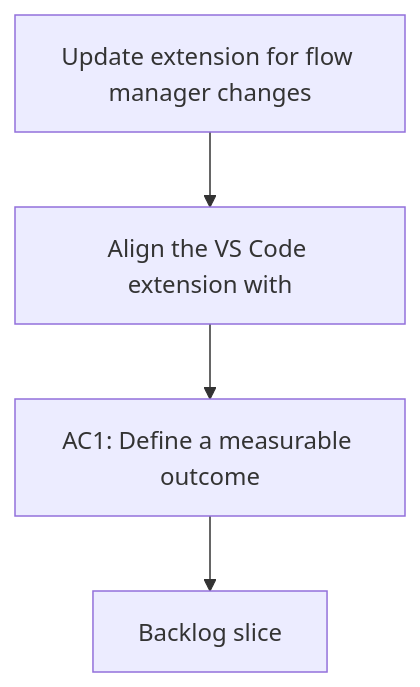
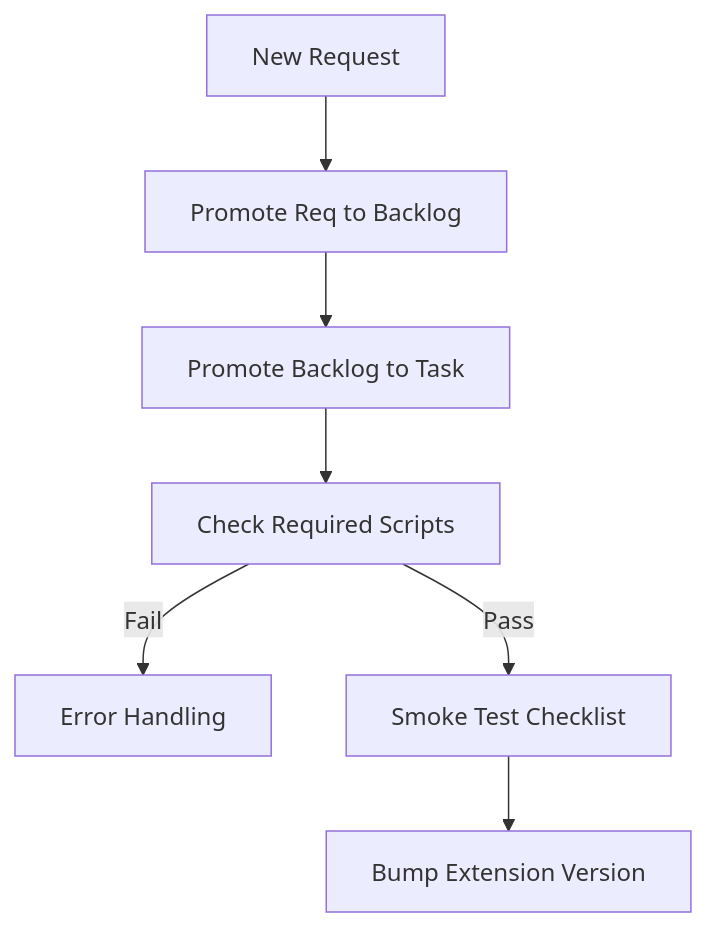
The diagram in logics/request/req_006_update_extension_for_flow_manager_changes.md (AlexAgo83/logics-manager), drawn with Mermaid before and after one commit. The commit also changed other lines of this file and 54 other files, not shown here.

Commit message:
Add orchestration task phase and align review docs

````diff
--- a/logics/request/req_006_update_extension_for_flow_manager_changes.md
+++ b/logics/request/req_006_update_extension_for_flow_manager_changes.md
@@ -10,8 +10,17 @@
 ```mermaid
 %% logics-kind: request
 %% logics-signature: request|update-extension-for-flow-manager-change|align-the-vs-code-extension-with|ac1-define-a-measurable-outcome
 flowchart TD
-    Trigger[Update extension for flow manager changes] --> Need[Align the VS Code extension with]
-    Need --> Outcome[AC1: Define a measurable outcome]
-    Outcome --> Backlog[Backlog slice]
+  NewReq[New Request]
+  PromoteReq[Promote Req to Backlog]
+  PromoteBacklog[Promote Backlog to Task]
+  ValidateScripts[Check Required Scripts]
+  ErrorHandle[Error Handling]
+  SmokeTest[Smoke Test Checklist]
+  VersionBump[Bump Extension Version]
+  NewReq --> PromoteReq --> PromoteBacklog
+  PromoteBacklog --> ValidateScripts
+  ValidateScripts -->|Fail| ErrorHandle
+  ValidateScripts -->|Pass| SmokeTest
+  SmokeTest --> VersionBump
 ```
````
